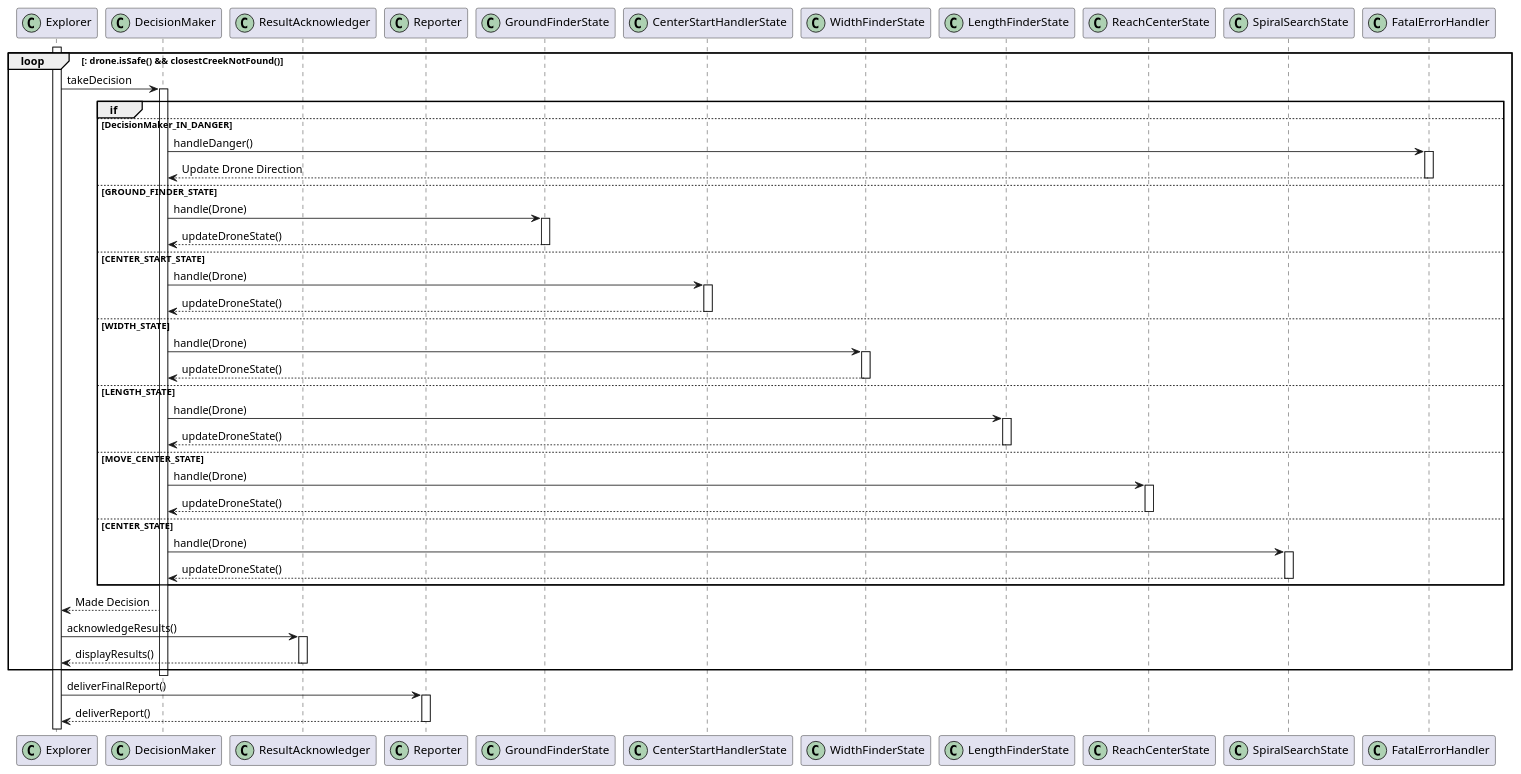
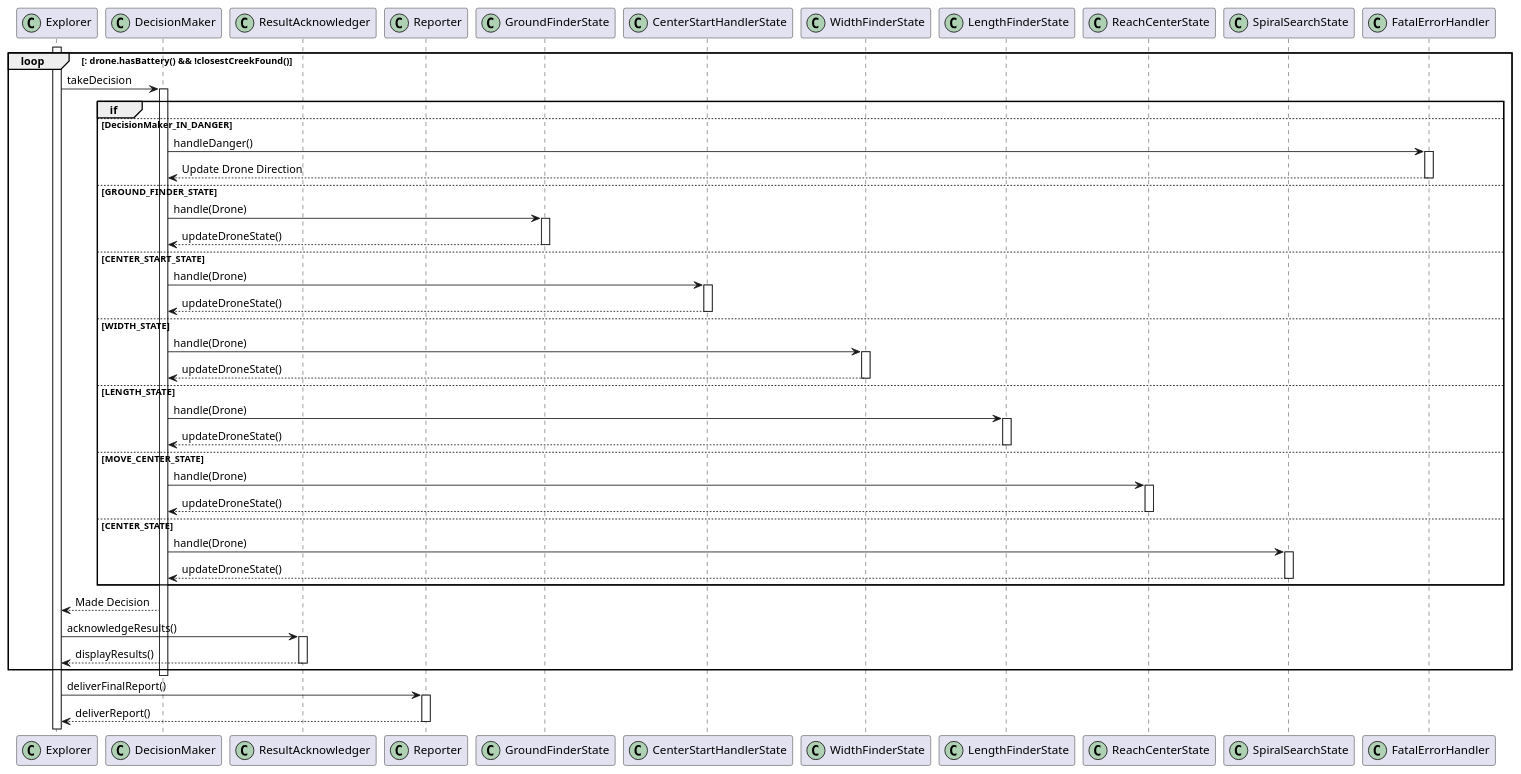
One commit to 2AA4-W24/a2-rescue-mission-team-106 changed the diagram in UML Diagrams/Sequence Diagram.puml. Above: the diagram before and after it, drawn with PlantUML.

Commit message:
Fix sequence diagram condition

```diff
--- a/UML Diagrams/Sequence Diagram.puml
+++ b/UML Diagrams/Sequence Diagram.puml
@@ -1,72 +1,72 @@
 @startuml
 participant Explorer << (C,#ADD1B2)>>
 participant DecisionMaker << (C,#ADD1B2)>>
 participant ResultAcknowledger << (C,#ADD1B2)>>
 participant Reporter << (C,#ADD1B2)>>
 participant GroundFinderState << (C,#ADD1B2)>>
 participant CenterStartHandlerState << (C,#ADD1B2)>>
 participant WidthFinderState  << (C,#ADD1B2)>>
 participant LengthFinderState << (C,#ADD1B2)>>
 participant ReachCenterState  << (C,#ADD1B2)>>
 participant SpiralSearchState << (C,#ADD1B2)>>
 participant FatalErrorHandler << (C,#ADD1B2)>>
 
 activate Explorer
-loop : drone.isSafe() && closestCreekNotFound()
+loop : drone.hasBattery() && !closestCreekFound()
 Explorer -> DecisionMaker: takeDecision
 activate DecisionMaker
 
 group if 
 else DecisionMaker_IN_DANGER
 DecisionMaker -> FatalErrorHandler: handleDanger()
 activate FatalErrorHandler
 FatalErrorHandler --> DecisionMaker : Update Drone Direction
 deactivate FatalErrorHandler
 else GROUND_FINDER_STATE
 DecisionMaker -> GroundFinderState : handle(Drone) 
 activate GroundFinderState
 GroundFinderState --> DecisionMaker : updateDroneState()
 deactivate GroundFinderState
 else CENTER_START_STATE
 DecisionMaker -> CenterStartHandlerState : handle(Drone)
 activate CenterStartHandlerState
 CenterStartHandlerState --> DecisionMaker : updateDroneState()
 deactivate CenterStartHandlerState
 else WIDTH_STATE
 DecisionMaker -> WidthFinderState : handle(Drone)
 activate WidthFinderState
 WidthFinderState --> DecisionMaker : updateDroneState()
 deactivate WidthFinderState
 else LENGTH_STATE
 DecisionMaker -> LengthFinderState : handle(Drone)
 activate LengthFinderState
 LengthFinderState --> DecisionMaker : updateDroneState()
 deactivate LengthFinderState
 else MOVE_CENTER_STATE
 DecisionMaker -> ReachCenterState : handle(Drone)
 activate ReachCenterState
 ReachCenterState --> DecisionMaker : updateDroneState()
 deactivate ReachCenterState
 else CENTER_STATE
 DecisionMaker -> SpiralSearchState : handle(Drone)
 activate SpiralSearchState
 SpiralSearchState --> DecisionMaker : updateDroneState()
 deactivate SpiralSearchState
 end
 
 DecisionMaker --> Explorer : Made Decision
 
 Explorer -> ResultAcknowledger: acknowledgeResults()
 activate ResultAcknowledger
 ResultAcknowledger --> Explorer: displayResults()
 deactivate ResultAcknowledger
 end
 
 deactivate DecisionMaker
 
 Explorer -> Reporter: deliverFinalReport()
 activate Reporter
 Reporter --> Explorer: deliverReport()
 deactivate Reporter
 
 @enduml
```
